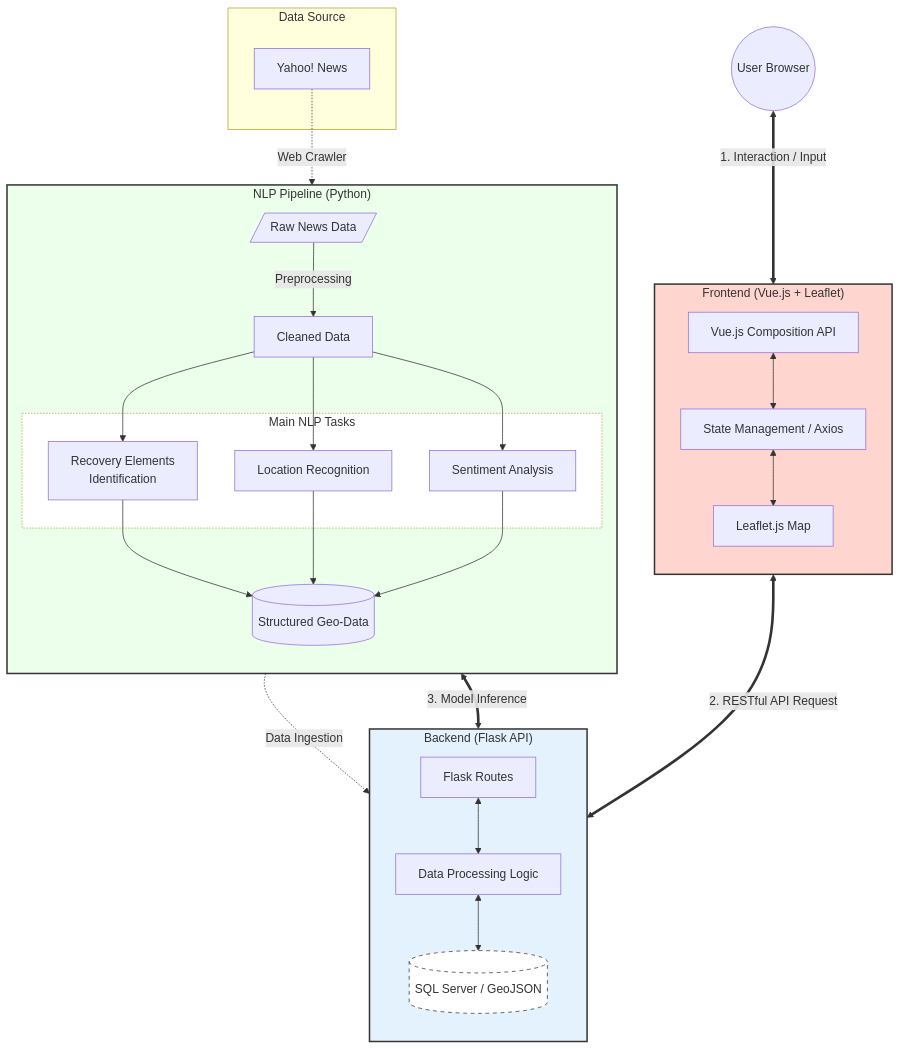
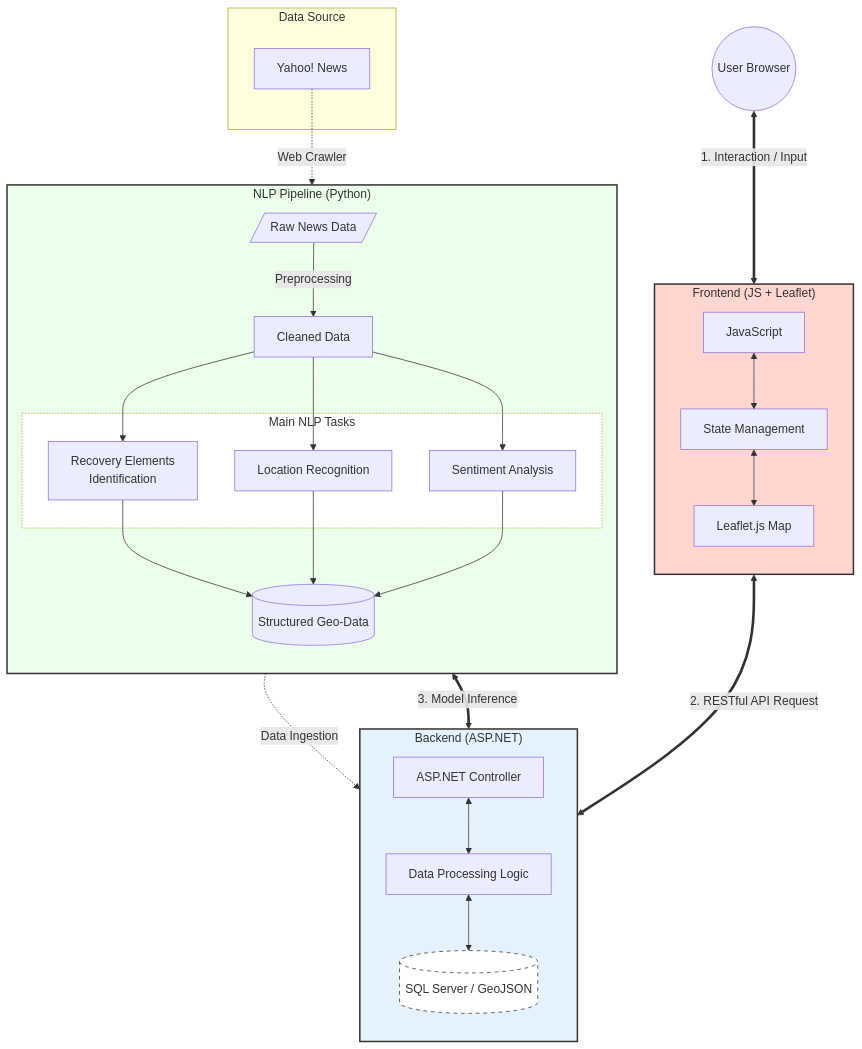
Before and after one commit to sabrinaliuu/noto_recovery_webgis_: the diagram in README.md, drawn with Mermaid.

Commit message:
Revise README to reflect technology stack changes

````diff
--- a/README.md
+++ b/README.md
@@ -45,64 +45,64 @@
 ```mermaid
 flowchart TB
 
     User((User Browser))
 
-    subgraph Frontend ["Frontend (Vue.js + Leaflet)"]
+    subgraph Frontend ["Frontend (JS + Leaflet)"]
         direction TB
-        Vue[Vue.js Composition API]
+        JS[JavaScript]
         Map[Leaflet.js Map]
-        Store[State Management / Axios]
+        Store[State Management]
         
-        Vue <--> Store
+        JS <--> Store
         Store <--> Map
     end
 
-    subgraph Backend ["Backend (Flask API)"]
+    subgraph Backend ["Backend (ASP.NET)"]
         direction TB
-        Route[Flask Routes]
+        Route[ASP.NET Controller]
         Logic[Data Processing Logic]
         DB[(SQL Server / GeoJSON)]
         
         Route <--> Logic
         Logic <--> DB
     end
 
     subgraph NLPPipeline ["NLP Pipeline (Python)"]
         direction TB
         RawData[/Raw News Data/]
         ProcessedData[Cleaned Data]
         
         subgraph Tasks ["Main NLP Tasks"]
             REI[Recovery Elements \nIdentification]
             LR[Location Recognition]
             SA[Sentiment Analysis]
         end
         
         StructuredData[(Structured Geo-Data)]
 
         RawData -->|Preprocessing| ProcessedData
         ProcessedData --> REI
         ProcessedData --> LR
         ProcessedData --> SA
         REI & LR & SA --> StructuredData
     end
 
     subgraph Source ["Data Source"]
         Yahoo[Yahoo! News]
     end
 
     %% Link Relations
-    User <==>|1. Interaction / Input| Vue
+    User <==>|1. Interaction / Input| JS
     Store <==>|2. RESTful API Request| Route
     Route <==>|3. Model Inference| Tasks
 
     Yahoo -.->|Web Crawler| RawData
     StructuredData -.->|Data Ingestion| DB
 
     %% Style
     style Frontend fill:#FFD6CF,stroke:#333,stroke-width:2px
     style Backend fill:#E3F2FC,stroke:#333,stroke-width:2px
     style NLPPipeline fill:#EBFFEB,stroke:#333,stroke-width:2px
     style DB fill:#fff,stroke:#333,stroke-dasharray: 5 5
     style Tasks fill:#fff,stroke-dasharray: 2 2
 ```
````
